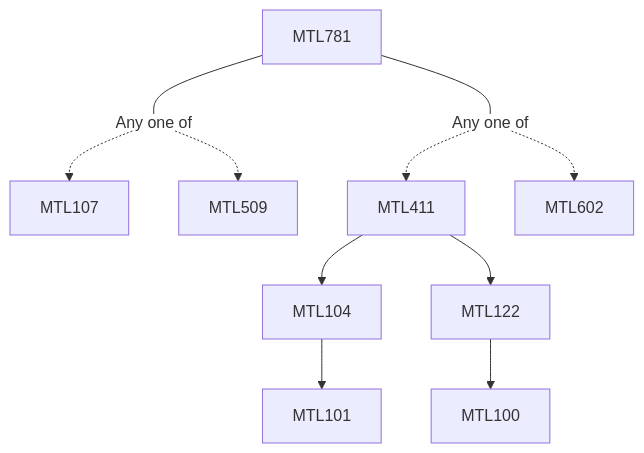
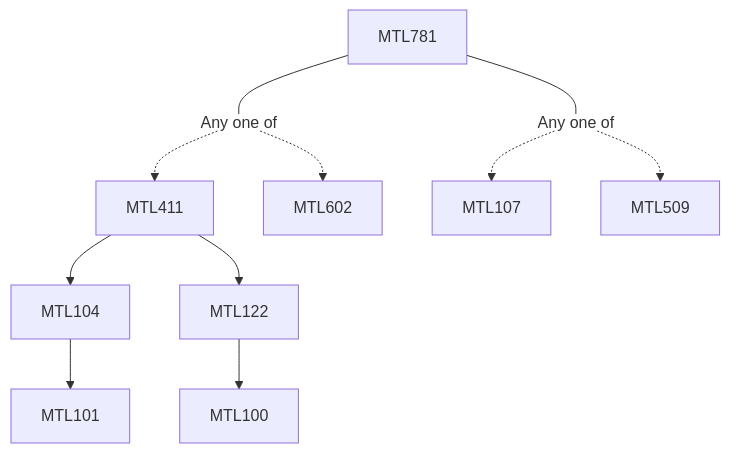
One commit to KeshavBansal0122/CoS_Website changed the diagram in content/Mathematics/MTL781.md. Above: the diagram before and after it, drawn with Mermaid. The commit also changed other lines of this file and 392 other files, not shown here.

````diff
--- a/content/Mathematics/MTL781.md
+++ b/content/Mathematics/MTL781.md
@@ -13,17 +13,17 @@
 ```mermaid
 flowchart TD
 MTL781-1477[MTL781]
+MTL781-1477 --- Or1481[Any one of]:::empty
+Or1481 -.-> MTL411-1482[MTL411]
+MTL122-1482 --> MTL100-1482[MTL100]
+MTL411-1482 --> MTL104-1482[MTL104]
+MTL104-1482 --> MTL101-1482[MTL101]
+MTL411-1482 --> MTL122-1482[MTL122]
+Or1481 -.-> MTL602-1483[MTL602]
 MTL781-1477 --- Or1478[Any one of]:::empty
 Or1478 -.-> MTL107-1479[MTL107]
 Or1478 -.-> MTL509-1480[MTL509]
-MTL781-1477 --- Or1481[Any one of]:::empty
-MTL122-1482 --> MTL100-1482[MTL100]
-Or1481 -.-> MTL411-1482[MTL411]
-MTL411-1482 --> MTL104-1482[MTL104]
-MTL411-1482 --> MTL122-1482[MTL122]
-MTL104-1482 --> MTL101-1482[MTL101]
-Or1481 -.-> MTL602-1483[MTL602]
 
 classDef empty height:17px, fill:transparent, stroke:transparent;
 classDef trueEmpty height:0px, width:0px;
 ```
````
